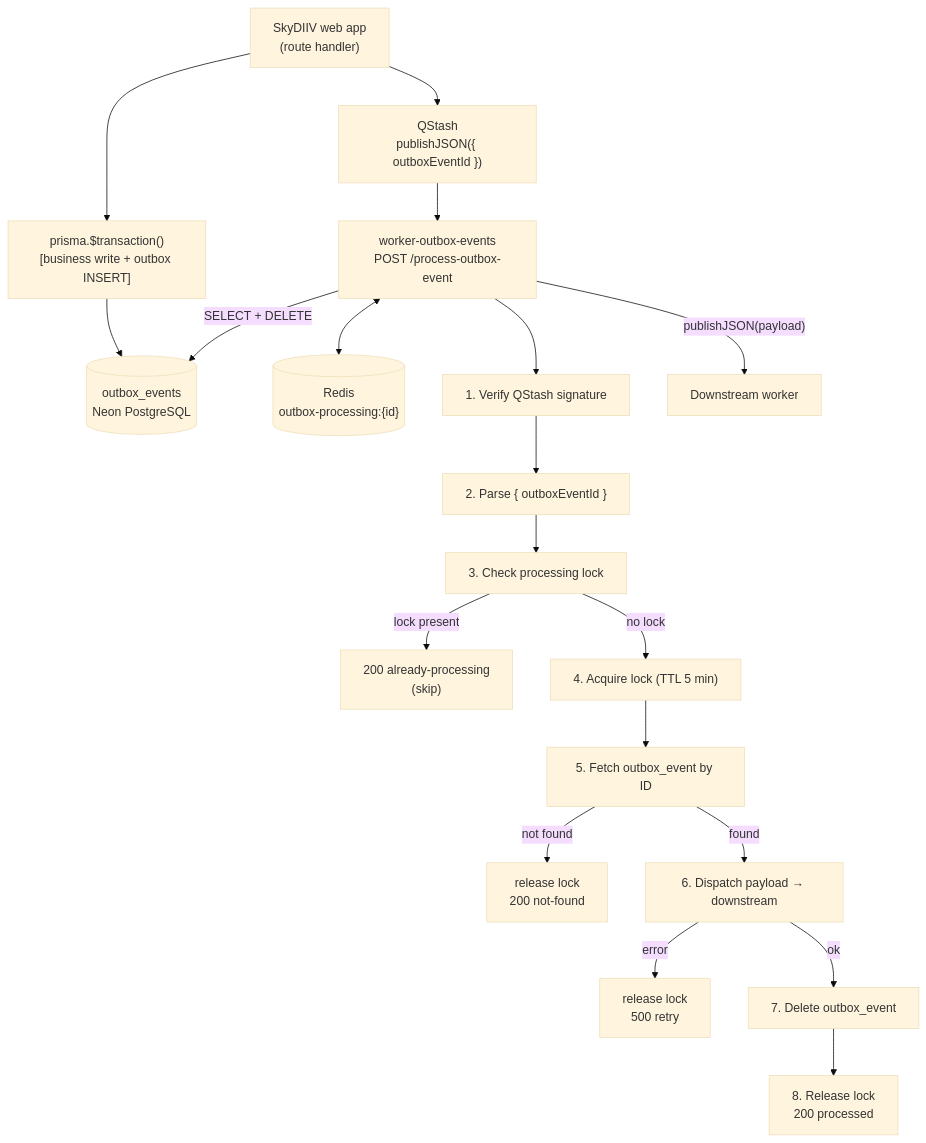
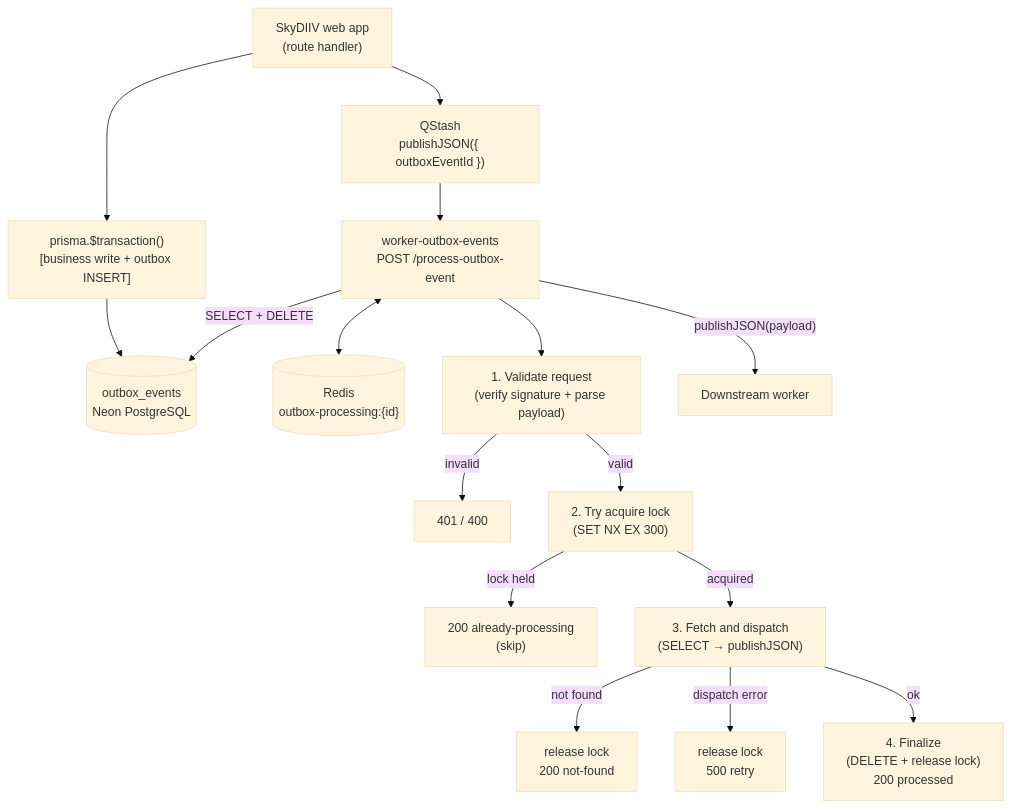
Before and after one commit to emmanuelviniciusdev/SkyDIIV--backstage: the first of 2 diagrams in apps/worker-outbox-events/docs/PROCESS_OUTBOX_EVENT.md, drawn with Mermaid (base theme). The commit also changed other lines of this file and 6 other files, not shown here.

Commit message:
refactor: merge steps to save resources (process-outbox-event)

````diff
--- a/apps/worker-outbox-events/docs/PROCESS_OUTBOX_EVENT.md
+++ b/apps/worker-outbox-events/docs/PROCESS_OUTBOX_EVENT.md
@@ -21,27 +21,24 @@
 ```mermaid
 graph TD
     WEB["SkyDIIV web app\n(route handler)"]
     TX["prisma.$transaction()\n[business write + outbox INSERT]"]
     DB[("outbox_events\nNeon PostgreSQL")]
     MQ["QStash\npublishJSON({ outboxEventId })"]
     WORKER["worker-outbox-events\nPOST /process-outbox-event"]
     REDIS[("Redis\noutbox-processing:{id}")]
 
-    WORKER --> S1["1. Verify QStash signature"]
-    S1 --> S2["2. Parse { outboxEventId }"]
-    S2 --> S3["3. Check processing lock"]
-    S3 -->|"lock present"| SKIP["200 already-processing\n(skip)"]
-    S3 -->|"no lock"| S4["4. Acquire lock (TTL 5 min)"]
-    S4 --> S5["5. Fetch outbox_event by ID"]
-    S5 -->|"not found"| S5R["release lock\n200 not-found"]
-    S5 -->|"found"| S6["6. Dispatch payload → downstream"]
-    S6 -->|"error"| S6R["release lock\n500 retry"]
-    S6 -->|"ok"| S7["7. Delete outbox_event"]
-    S7 --> S8["8. Release lock\n200 processed"]
+    WORKER --> S1["1. Validate request\n(verify signature + parse payload)"]
+    S1 -->|"invalid"| S1R["401 / 400"]
+    S1 -->|"valid"| S2["2. Try acquire lock\n(SET NX EX 300)"]
+    S2 -->|"lock held"| SKIP["200 already-processing\n(skip)"]
+    S2 -->|"acquired"| S3["3. Fetch and dispatch\n(SELECT → publishJSON)"]
+    S3 -->|"not found"| S3A["release lock\n200 not-found"]
+    S3 -->|"dispatch error"| S3B["release lock\n500 retry"]
+    S3 -->|"ok"| S4["4. Finalize\n(DELETE + release lock)\n200 processed"]
 
     WEB --> TX --> DB
     WEB --> MQ --> WORKER
     WORKER <--> REDIS
     WORKER -->|"SELECT + DELETE"| DB
     WORKER -->|"publishJSON(payload)"| DS["Downstream worker"]
 ```
````
